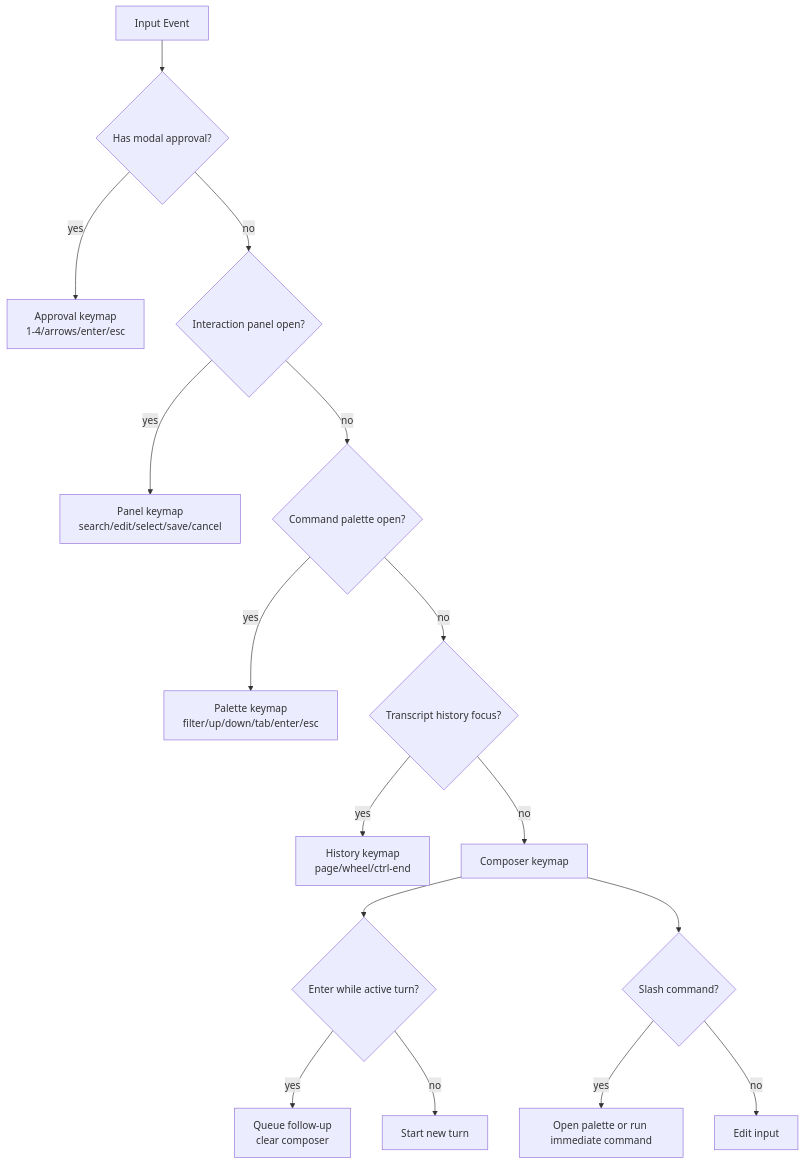
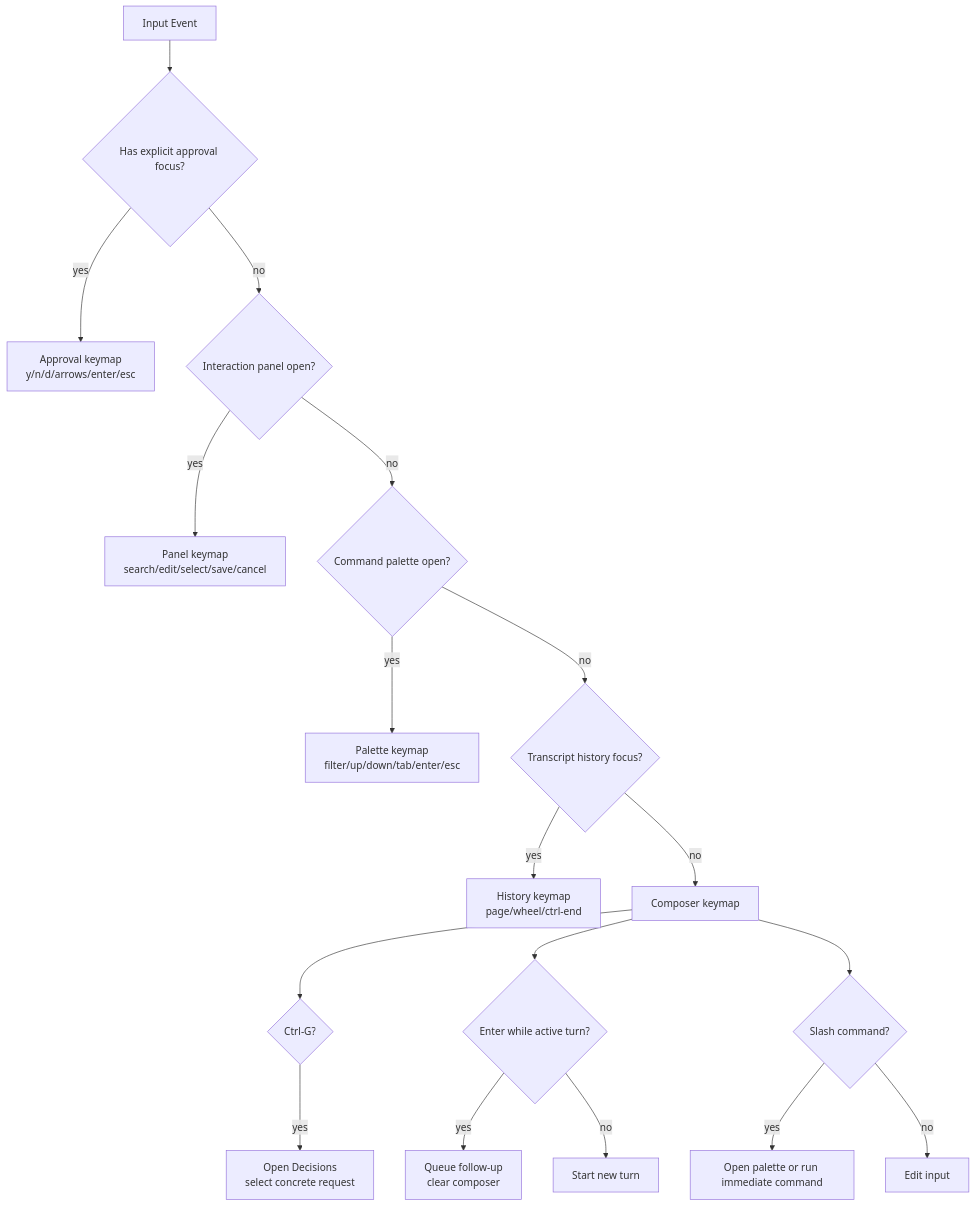
Before and after one commit to wikieden/robocode: the third of 10 diagrams in docs/tui-interaction-flow-design.md, drawn with Mermaid. The commit also changed other lines of this file and 3 other files, not shown here.

Commit message:
docs(tui): align explicit approval guidance

````diff
--- a/docs/tui-interaction-flow-design.md
+++ b/docs/tui-interaction-flow-design.md
@@ -120,19 +125,21 @@
 ```mermaid
 flowchart TD
-    A["Input Event"] --> B{"Has modal approval?"}
-    B -->|yes| C["Approval keymap<br/>1-4/arrows/enter/esc"]
+    A["Input Event"] --> B{"Has explicit approval focus?"}
+    B -->|yes| C["Approval keymap<br/>y/n/d/arrows/enter/esc"]
     B -->|no| D{"Interaction panel open?"}
     D -->|yes| E["Panel keymap<br/>search/edit/select/save/cancel"]
     D -->|no| F{"Command palette open?"}
     F -->|yes| G["Palette keymap<br/>filter/up/down/tab/enter/esc"]
     F -->|no| H{"Transcript history focus?"}
     H -->|yes| I["History keymap<br/>page/wheel/ctrl-end"]
     H -->|no| J["Composer keymap"]
 
+    J --> Q{"Ctrl-G?"}
+    Q -->|yes| R["Open Decisions<br/>select concrete request"]
     J --> K{"Enter while active turn?"}
     K -->|yes| L["Queue follow-up<br/>clear composer"]
     K -->|no| M["Start new turn"]
     J --> N{"Slash command?"}
     N -->|yes| O["Open palette or run immediate command"]
     N -->|no| P["Edit input"]
 ```
````
